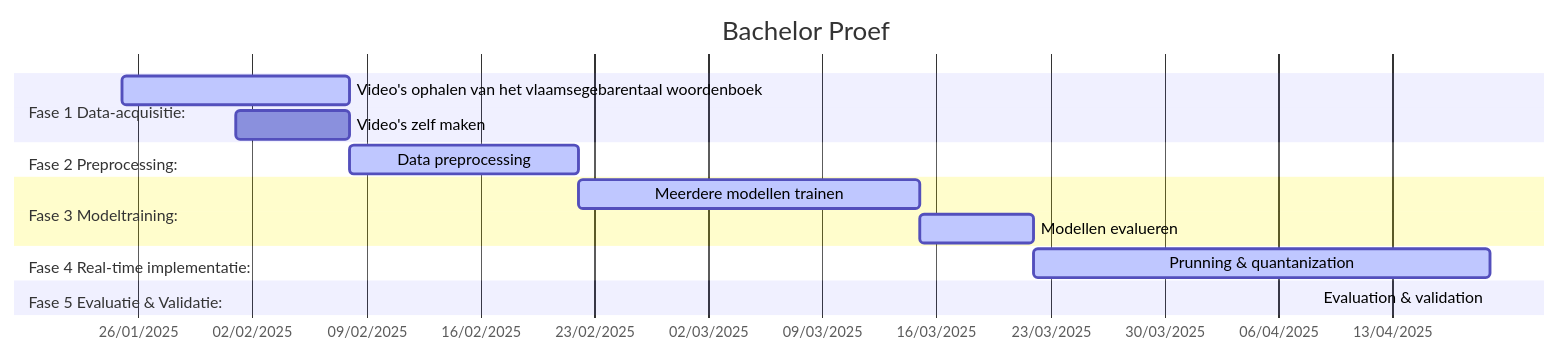
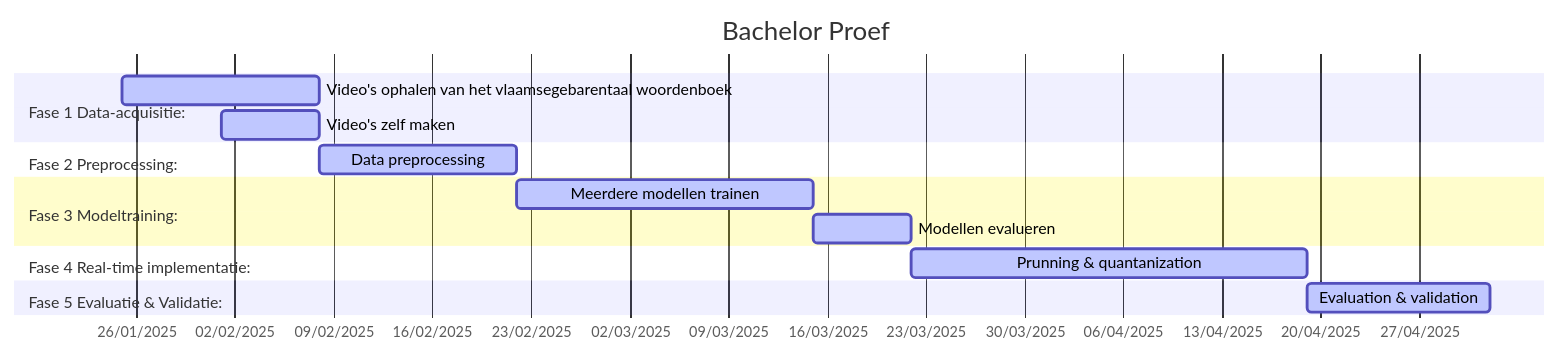
One commit to TomDeganck/latex-hogent-bachproef-main changed the diagram in voorstel/gantt.md. Above: the diagram before and after it, drawn with Mermaid. The commit also changed 1 other file, not shown here.

Commit message:
foto aangepast voor tijdlijn

````diff
--- a/voorstel/gantt.md
+++ b/voorstel/gantt.md
@@ -3,27 +3,26 @@
 ```mermaid
 gantt
     title Bachelor Proef
     dateFormat  DD/MM/YYYY
     axisFormat  %d/%m/%Y
     todayMarker off
 
-
     section Fase 1 Data-acquisitie:
     Video's ophalen van het vlaamsegebarentaal woordenboek: active, des1, 25/01/2025, 08/02/2025
-    Video's zelf maken:active         des2, 01/02/2025, 08/02/2025
+    Video's zelf maken: active, des2, 01/02/2025, 08/02/2025
 
     section Fase 2 Preprocessing:
     Data preprocessing: active, des3, 08/02/2025, 22/02/2025
 
     section Fase 3 Modeltraining:
     Meerdere modellen trainen: active, des5, 22/02/2025, 15/03/2025
     Modellen evalueren: active, des6, 15/03/2025, 22/03/2025
 
     section Fase 4 Real-time implementatie:
     Prunning & quantanization: active, des7, 22/03/2025, 19/04/2025
 
     section Fase 5 Evaluatie & Validatie:
-    Evaluation & validation: active, des8, 19/04/2025, 2/05/2025
+    Evaluation & validation: active, des8, 19/04/2025, 02/05/2025
 
 
 ```
````
